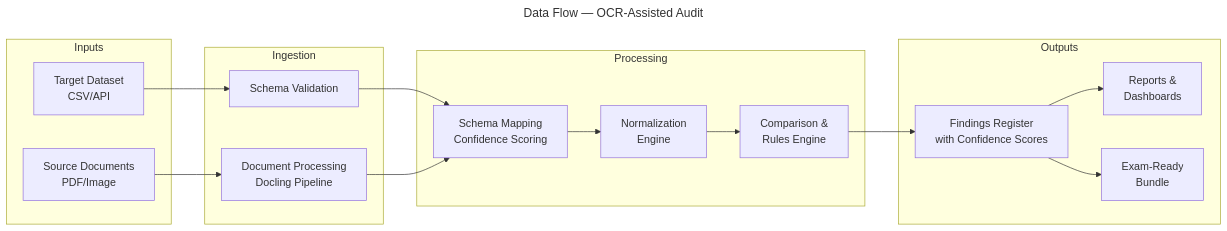
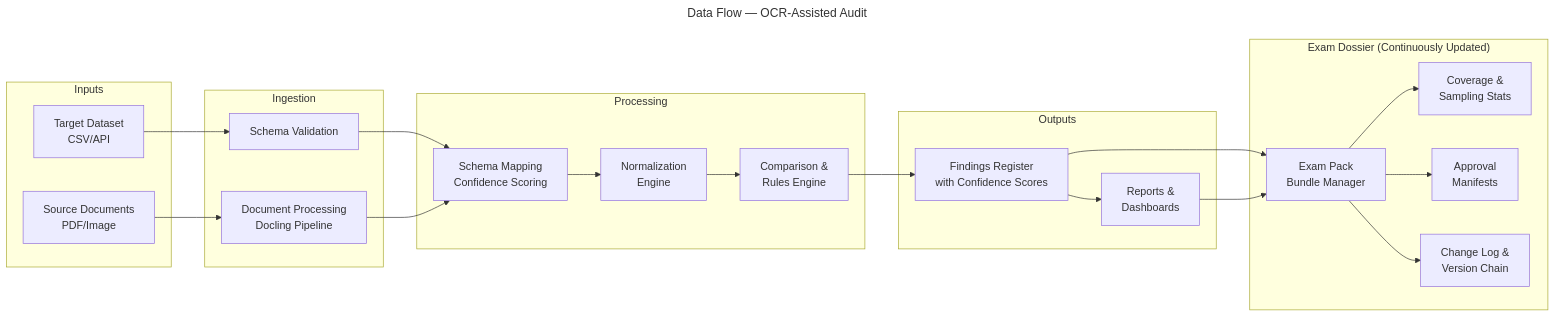
The second of 6 diagrams in src/docs/asciidoc/auditiq-product-architecture-delivery-plan/architecture-overview/index.adoc (epieczko-re/audit-iq-docs), drawn with Mermaid before and after one commit. The commit also changed other lines of this file and 7 other files, not shown here.

```diff
--- a/src/docs/asciidoc/auditiq-product-architecture-delivery-plan/architecture-overview/index.adoc
+++ b/src/docs/asciidoc/auditiq-product-architecture-delivery-plan/architecture-overview/index.adoc
@@ -126,38 +150,48 @@
 [mermaid]
 ----
 ---
 title: Data Flow — OCR-Assisted Audit
 ---
 graph LR
     subgraph Inputs
         CSV["Target Dataset<br/>CSV/API"]
         DOCS["Source Documents<br/>PDF/Image"]
     end
 
     subgraph Ingestion
         VAL[Schema Validation]
         OCR["Document Processing<br/>Docling Pipeline"]
     end
 
     subgraph Processing
         MAP["Schema Mapping<br/>Confidence Scoring"]
         NORM["Normalization<br/>Engine"]
         COMP["Comparison &<br/>Rules Engine"]
     end
 
     subgraph Outputs
         FIND["Findings Register<br/>with Confidence Scores"]
         REPORT["Reports &<br/>Dashboards"]
-        BUNDLE["Exam-Ready<br/>Bundle"]
+    end
+
+    subgraph ExamDossier["Exam Dossier (Continuously Updated)"]
+        BUNDLE["Exam Pack<br/>Bundle Manager"]
+        COV["Coverage &<br/>Sampling Stats"]
+        APPROVE["Approval<br/>Manifests"]
+        CHANGELOG["Change Log &<br/>Version Chain"]
     end
 
     CSV --> VAL
     DOCS --> OCR
     VAL --> MAP
     OCR --> MAP
     MAP --> NORM
     NORM --> COMP
     COMP --> FIND
     FIND --> REPORT
     FIND --> BUNDLE
+    BUNDLE --> COV
+    BUNDLE --> APPROVE
+    BUNDLE --> CHANGELOG
+    REPORT --> BUNDLE
 ----
```
